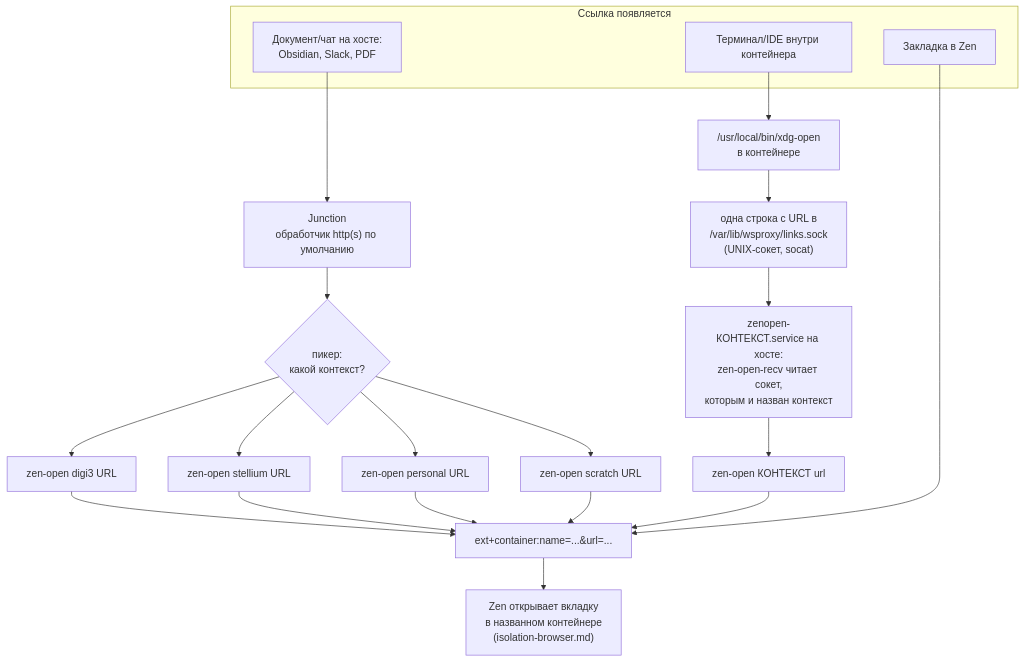
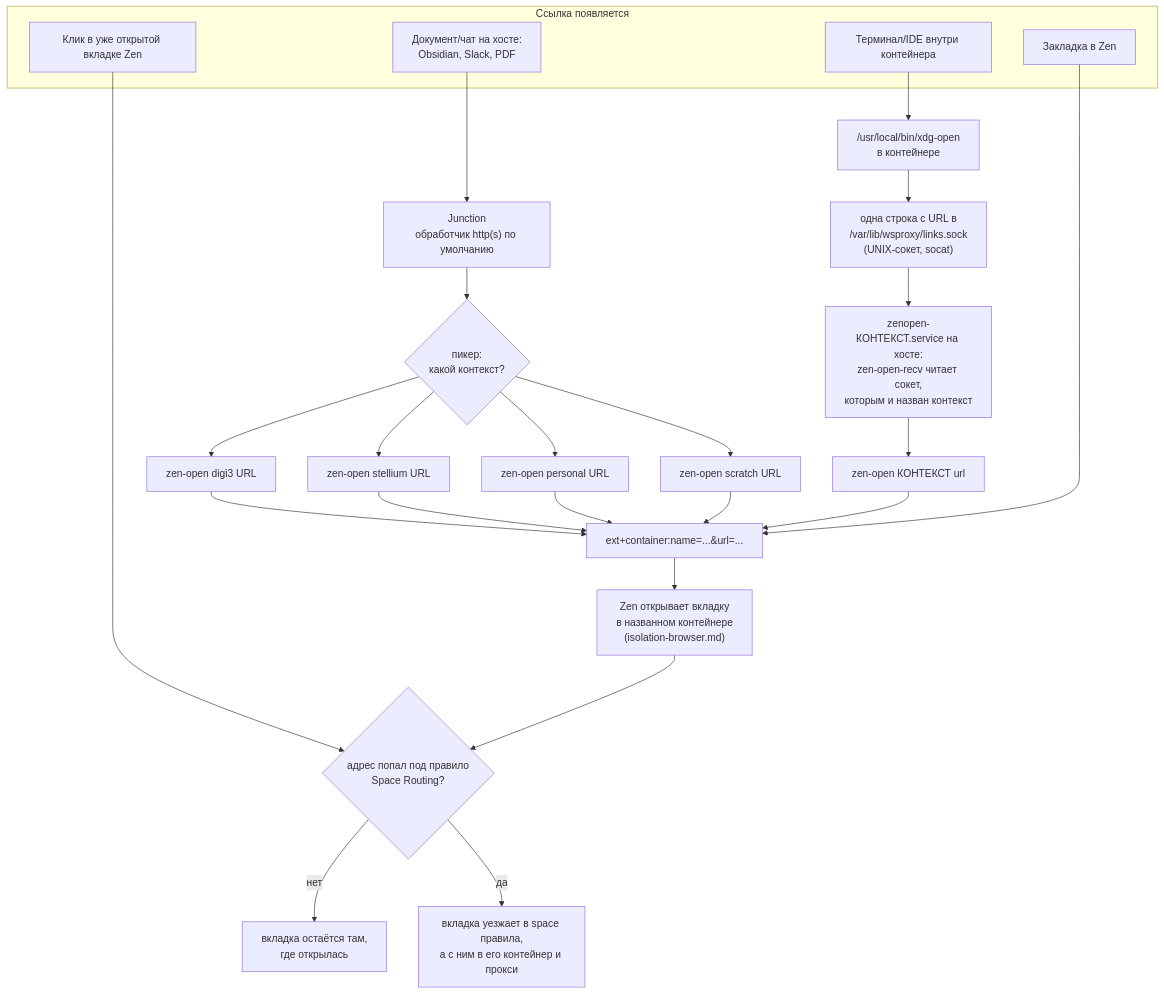
One commit to stpntkhnv/dotfiles changed the diagram in docs/isolation-links.md. Above: the diagram before and after it, drawn with Mermaid. The commit also changed other lines of this file and 10 other files, not shown here.

````diff
--- a/docs/isolation-links.md
+++ b/docs/isolation-links.md
@@ -64,29 +64,35 @@
 ```mermaid
 flowchart TD
     subgraph SRC["Ссылка появляется"]
         H["Документ/чат на хосте:<br/>Obsidian, Slack, PDF"]
         T["Терминал/IDE внутри контейнера"]
         BM["Закладка в Zen"]
+        CL["Клик в уже открытой вкладке Zen"]
     end
 
     H --> J["Junction<br/>обработчик http(s) по умолчанию"]
     J --> PICK{"пикер:<br/>какой контекст?"}
     PICK --> ZO1["zen-open digi3 URL"]
     PICK --> ZO2["zen-open stellium URL"]
     PICK --> ZO3["zen-open personal URL"]
     PICK --> ZOS["zen-open scratch URL"]
 
     T --> XO["/usr/local/bin/xdg-open<br/>в контейнере"]
     XO --> SOCK["одна строка с URL в<br/>/var/lib/wsproxy/links.sock<br/>(UNIX-сокет, socat)"]
     SOCK --> RECV["zenopen-КОНТЕКСТ.service на хосте:<br/>zen-open-recv читает сокет,<br/>которым и назван контекст"]
     RECV --> ZO4["zen-open КОНТЕКСТ url"]
 
     ZO1 --> URI["ext+container:name=...&url=..."]
     ZO2 --> URI
     ZO3 --> URI
     ZOS --> URI
     ZO4 --> URI
     BM --> URI
 
     URI --> ZEN["Zen открывает вкладку<br/>в названном контейнере<br/>(isolation-browser.md)"]
+
+    CL --> SR{"адрес попал под правило<br/>Space Routing?"}
+    ZEN --> SR
+    SR -->|нет| STAY["вкладка остаётся там,<br/>где открылась"]
+    SR -->|да| MOVE["вкладка уезжает в space правила,<br/>а с ним в его контейнер и прокси"]
 ```
````
